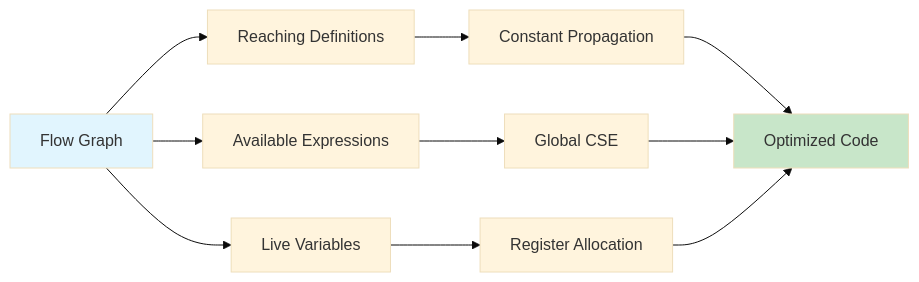
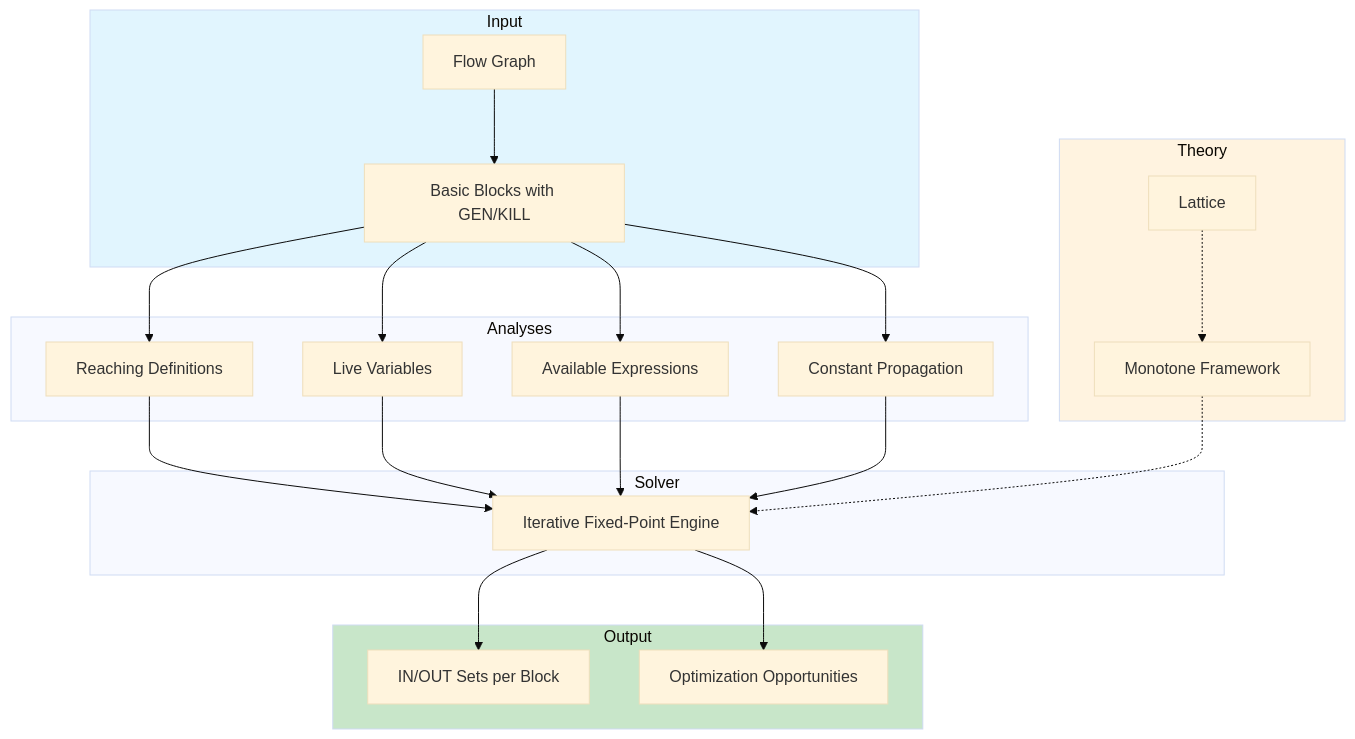
One commit to Raushan666java/ai-engineering-journey changed the first of 2 diagrams in docs/courses/compiler-design/12-dfa.md. Above: the diagram before and after it, drawn with Mermaid (base theme). The commit also changed other lines of this file and 41 other files, not shown here.

````diff
--- a/docs/courses/compiler-design/12-dfa.md
+++ b/docs/courses/compiler-design/12-dfa.md
@@ -20,14 +24,29 @@
 ```mermaid
-flowchart LR
-    A[Flow Graph] --> B[Reaching Definitions]
-    A --> C[Live Variables]
-    A --> D[Available Expressions]
-    B --> E[Constant Propagation]
-    D --> F[Global CSE]
-    C --> G[Register Allocation]
-    E --> H[Optimized Code]
-    F --> H
-    G --> H
-    style A fill:#e1f5fe
-    style H fill:#c8e6c9
+flowchart TB
+    subgraph Input
+        A[Flow Graph] --> B[Basic Blocks with GEN/KILL]
+    end
+    subgraph Analyses
+        B --> C[Reaching Definitions]
+        B --> D[Live Variables]
+        B --> E[Available Expressions]
+        B --> F[Constant Propagation]
+    end
+    subgraph Solver
+        C --> G[Iterative Fixed-Point Engine]
+        D --> G
+        E --> G
+        F --> G
+    end
+    subgraph Theory
+        H[Monotone Framework] -.-> G
+        I[Lattice] -.-> H
+    end
+    subgraph Output
+        G --> J[IN/OUT Sets per Block]
+        G --> K[Optimization Opportunities]
+    end
+    style Input fill:#e1f5fe
+    style Output fill:#c8e6c9
+    style Theory fill:#fff3e0
 ```
````
